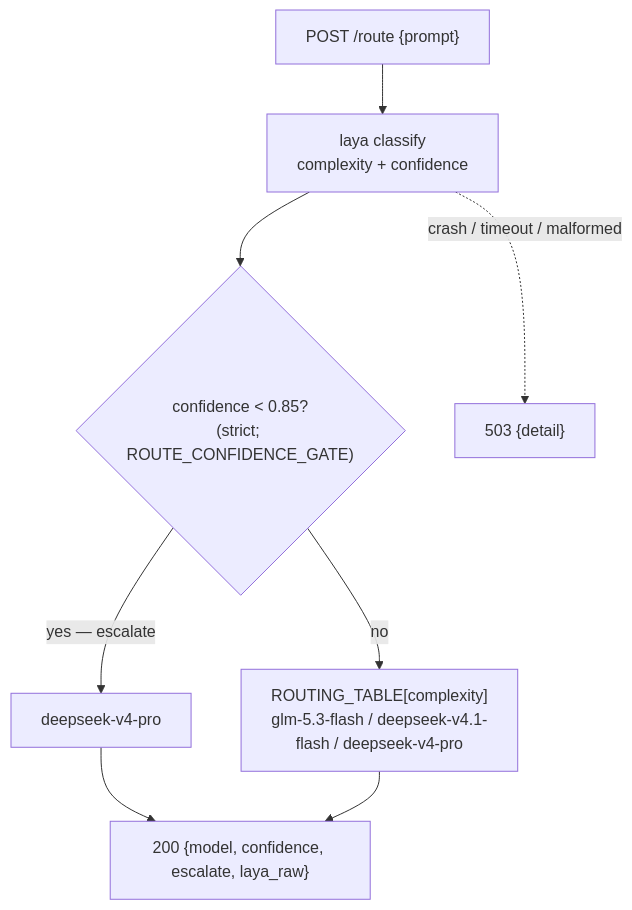
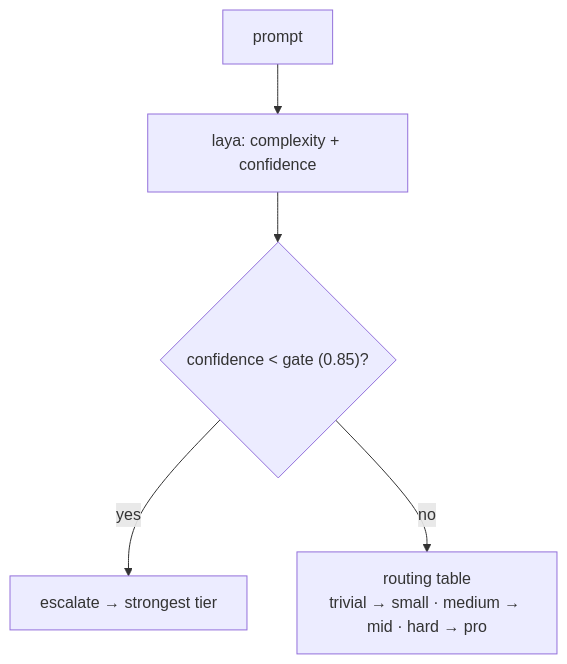
One commit to MiguelCarrascoB/laya-router changed the second of 2 diagrams in README.md. Above: the diagram before and after it, drawn with Mermaid. The commit also changed other lines of this file and 5 other files, not shown here.

````diff
--- a/README.md
+++ b/README.md
@@ -47,10 +49,7 @@
 ```mermaid
 flowchart TD
-    A["POST /route {prompt}"] --> B["laya classify<br/>complexity + confidence"]
-    B --> C{"confidence < 0.85?<br/>(strict; ROUTE_CONFIDENCE_GATE)"}
-    C -- "yes — escalate" --> D["deepseek-v4-pro"]
-    C -- "no" --> E["ROUTING_TABLE[complexity]<br/>glm-5.3-flash / deepseek-v4.1-flash / deepseek-v4-pro"]
-    D --> F["200 {model, confidence, escalate, laya_raw}"]
-    E --> F
-    B -. "crash / timeout / malformed" .-> X["503 {detail}"]
+    A["prompt"] --> B["laya: complexity + confidence"]
+    B --> C{"confidence < gate (0.85)?"}
+    C -- yes --> P["escalate → strongest tier"]
+    C -- no --> T["routing table<br/>trivial → small · medium → mid · hard → pro"]
 ```
````
